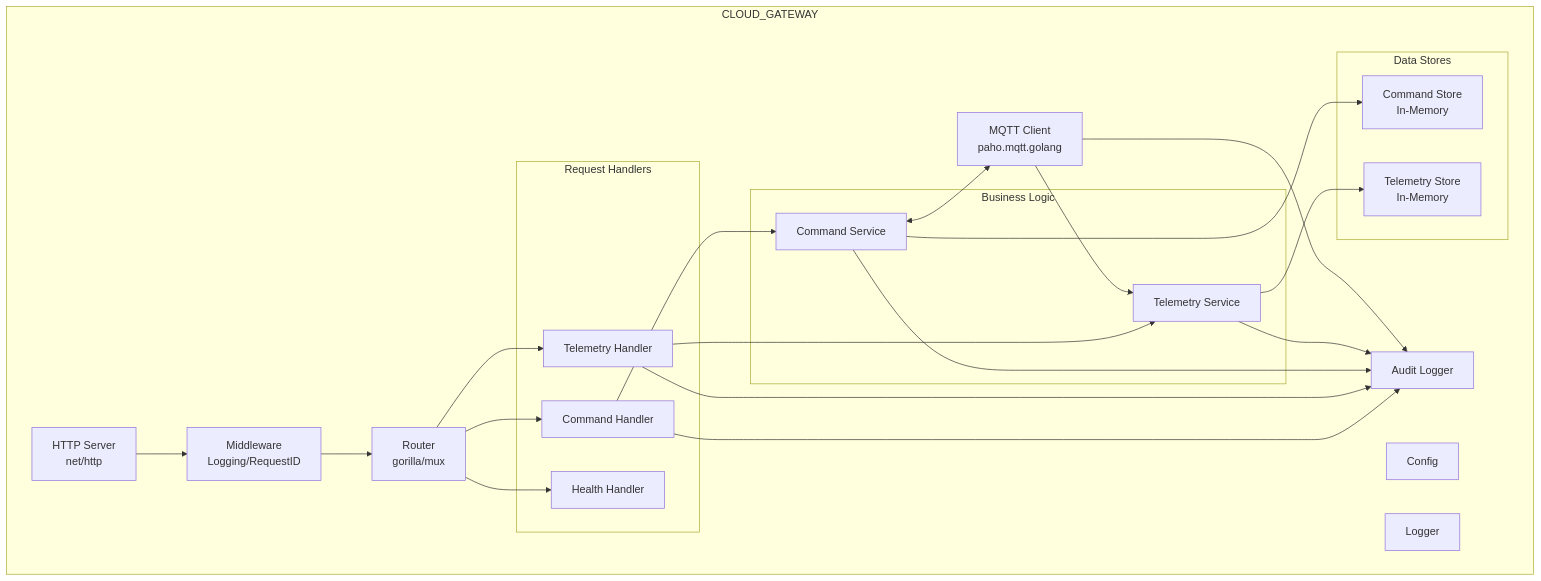
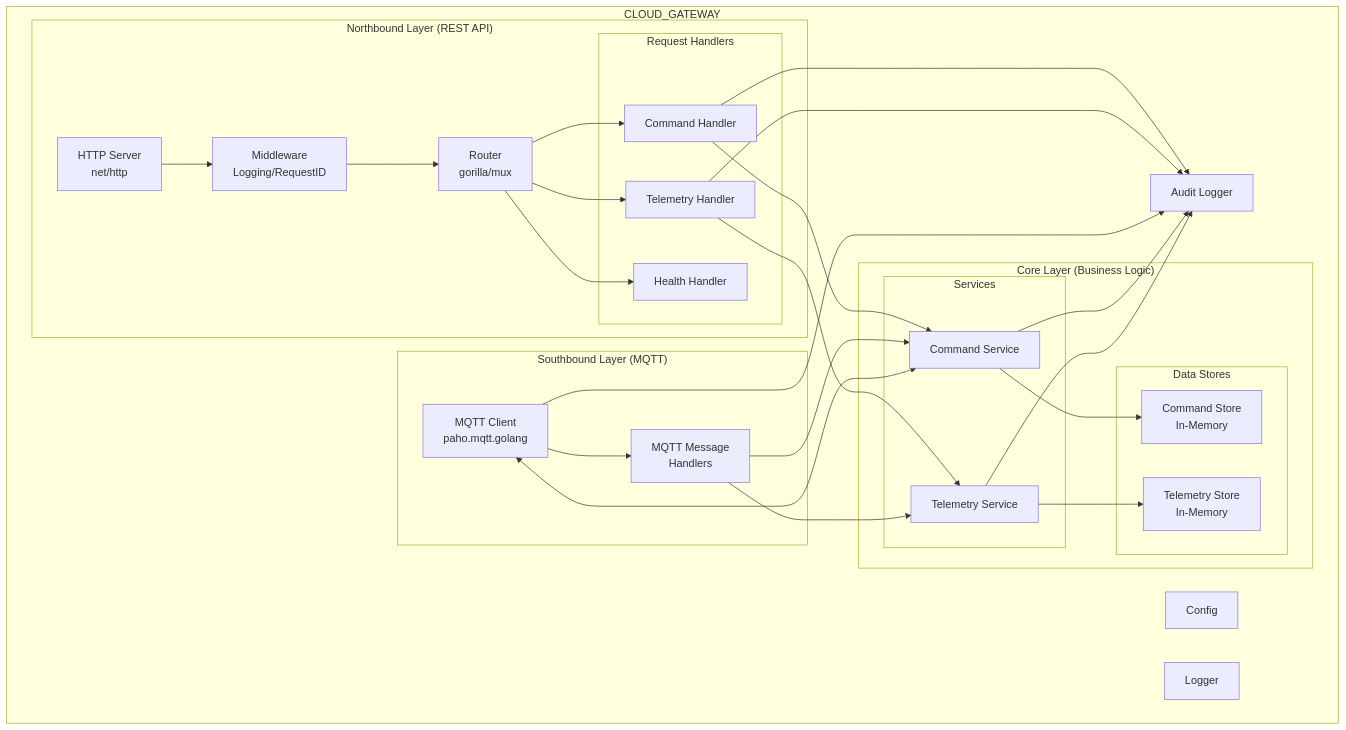
The third of 5 diagrams in .kiro/specs/cloud-gateway/design.md (rhadp/parking-fee-service), drawn with Mermaid before and after one commit. The commit also changed other lines of this file and 1 other file, not shown here.

Commit message:
Updated introduction to clearly describe the two interfaces (Northbound REST API for COMPANION_APP, Southbound MQTT for CLOUD_GATEWAY_CLIENT)

````diff
--- a/.kiro/specs/cloud-gateway/design.md
+++ b/.kiro/specs/cloud-gateway/design.md
@@ -35,46 +72,56 @@
 ```mermaid
 flowchart TB
     subgraph CloudGateway["CLOUD_GATEWAY"]
-        HTTP[HTTP Server<br/>net/http]
-        ROUTER[Router<br/>gorilla/mux]
-        
-        subgraph Handlers["Request Handlers"]
-            CH[Command Handler]
-            TH[Telemetry Handler]
-            HH[Health Handler]
+        subgraph NorthboundLayer["Northbound Layer (REST API)"]
+            HTTP[HTTP Server<br/>net/http]
+            ROUTER[Router<br/>gorilla/mux]
+            MW[Middleware<br/>Logging/RequestID]
+            
+            subgraph Handlers["Request Handlers"]
+                CH[Command Handler]
+                TH[Telemetry Handler]
+                HH[Health Handler]
+            end
         end
         
-        subgraph Services["Business Logic"]
-            CS[Command Service]
-            TS[Telemetry Service]
+        subgraph CoreLayer["Core Layer (Business Logic)"]
+            subgraph Services["Services"]
+                CS[Command Service]
+                TS[Telemetry Service]
+            end
+            
+            subgraph Stores["Data Stores"]
+                CST[Command Store<br/>In-Memory]
+                TST[Telemetry Store<br/>In-Memory]
+            end
         end
         
-        subgraph Stores["Data Stores"]
-            CST[Command Store<br/>In-Memory]
-            TST[Telemetry Store<br/>In-Memory]
+        subgraph SouthboundLayer["Southbound Layer (MQTT)"]
+            MQTT[MQTT Client<br/>paho.mqtt.golang]
+            MQTTH[MQTT Message<br/>Handlers]
         end
         
-        MQTT[MQTT Client<br/>paho.mqtt.golang]
-        MW[Middleware<br/>Logging/RequestID]
         CFG[Config]
         LOG[Logger]
         AUDIT[Audit Logger]
     end
     
     HTTP --> MW
     MW --> ROUTER
     ROUTER --> CH
     ROUTER --> TH
     ROUTER --> HH
     CH --> CS
     CH --> AUDIT
     TH --> TS
     TH --> AUDIT
     CS --> CST
     CS <--> MQTT
     CS --> AUDIT
     TS --> TST
     TS --> AUDIT
-    MQTT --> TS
+    MQTT --> MQTTH
+    MQTTH --> CS
+    MQTTH --> TS
     MQTT --> AUDIT
 ```
````
